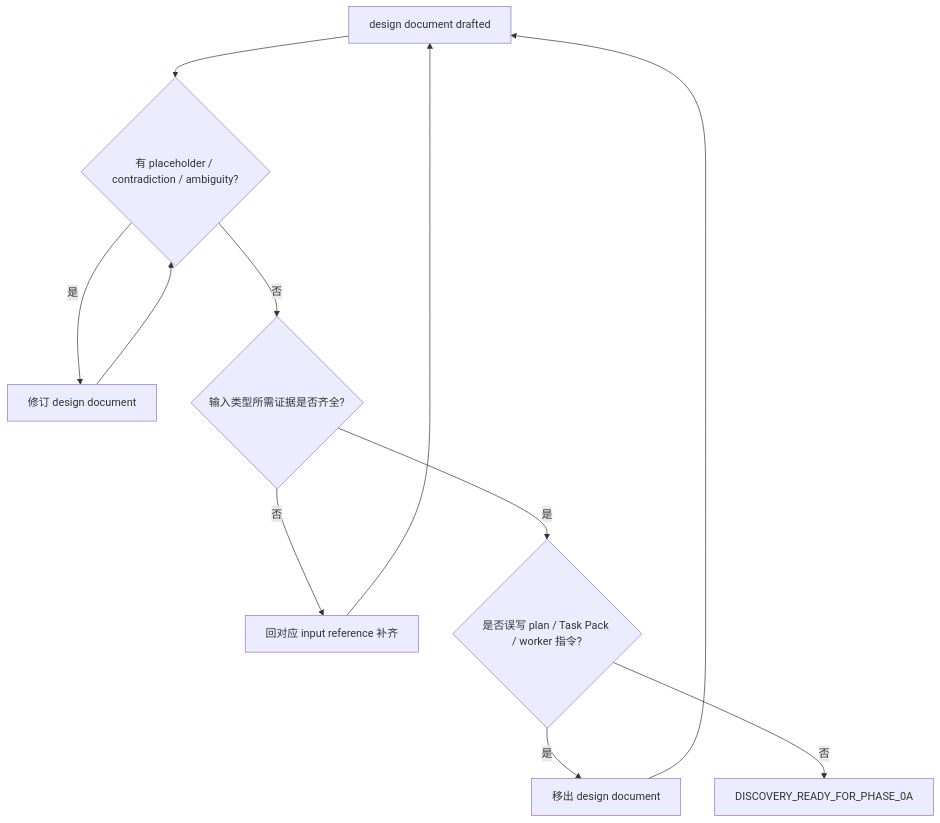
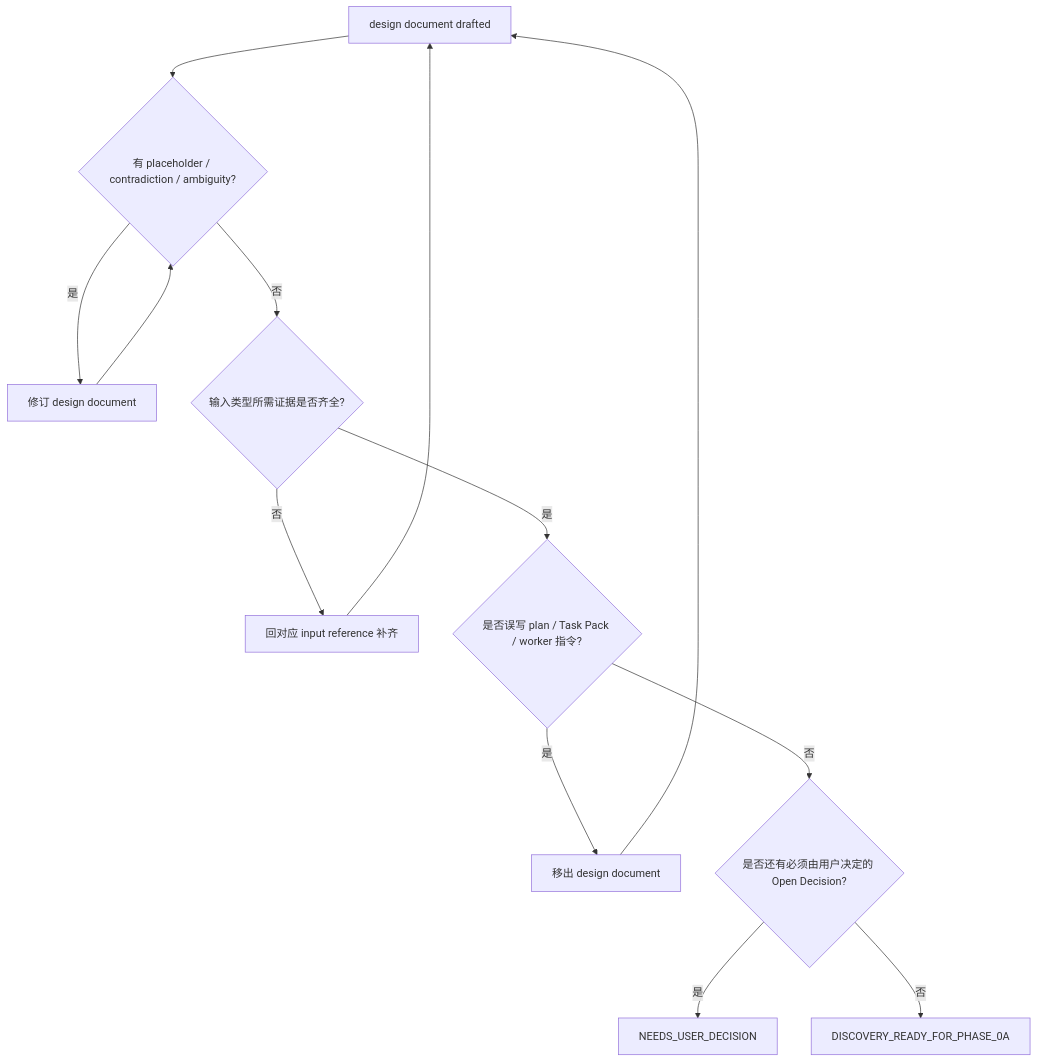
Before and after one commit to chancheuklap/multi-model-workflow: the diagram in .agents/skills/orchestrate-discovery/references/discovery-self-review.md, drawn with Mermaid. The commit also changed 4 other files, not shown here.

Commit message:
Align orchestrate flowcharts with routing text

````diff
--- a/.agents/skills/orchestrate-discovery/references/discovery-self-review.md
+++ b/.agents/skills/orchestrate-discovery/references/discovery-self-review.md
@@ -21,13 +21,15 @@
 ```mermaid
 flowchart TD
     A["design document drafted"] --> B{"有 placeholder / contradiction / ambiguity?"}
     B -->|是| C["修订 design document"]
     C --> B
     B -->|否| D{"输入类型所需证据是否齐全?"}
     D -->|否| E["回对应 input reference 补齐"]
     E --> A
     D -->|是| F{"是否误写 plan / Task Pack / worker 指令?"}
     F -->|是| G["移出 design document"]
     G --> A
-    F -->|否| H["DISCOVERY_READY_FOR_PHASE_0A"]
+    F -->|否| H{"是否还有必须由用户决定的 Open Decision?"}
+    H -->|是| I["NEEDS_USER_DECISION"]
+    H -->|否| J["DISCOVERY_READY_FOR_PHASE_0A"]
 ```
````
